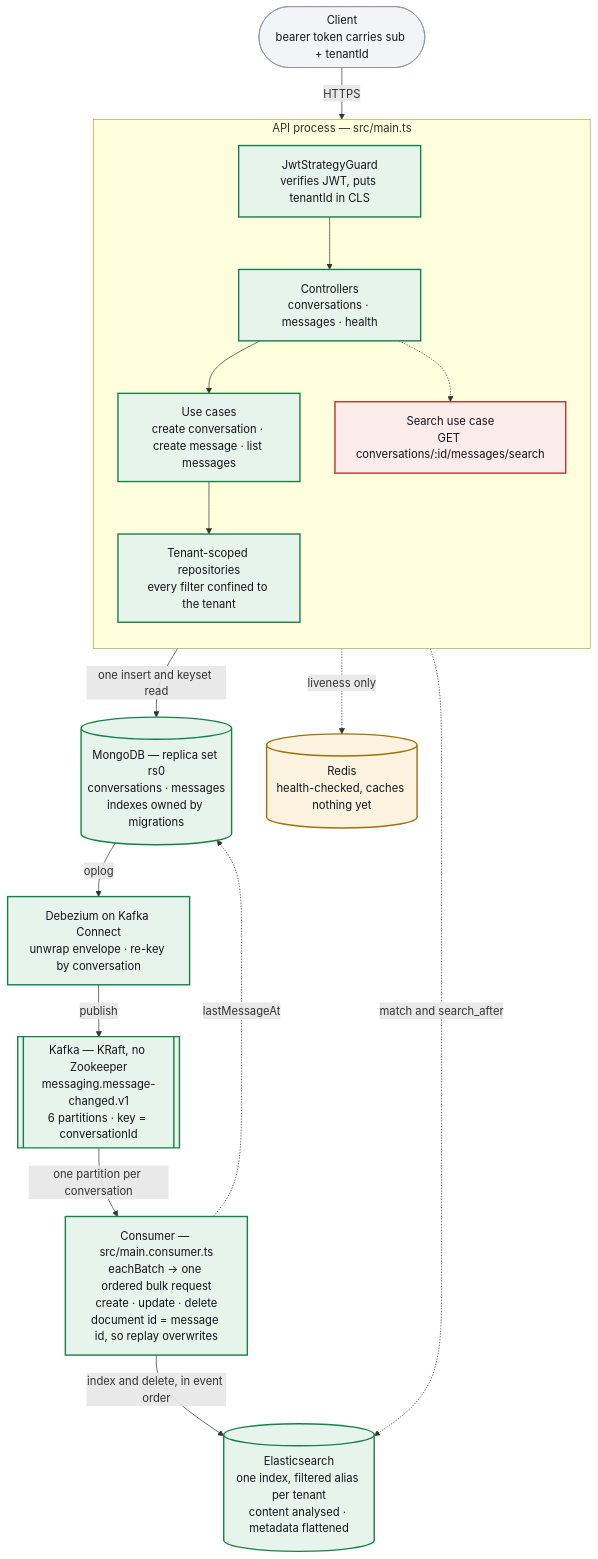
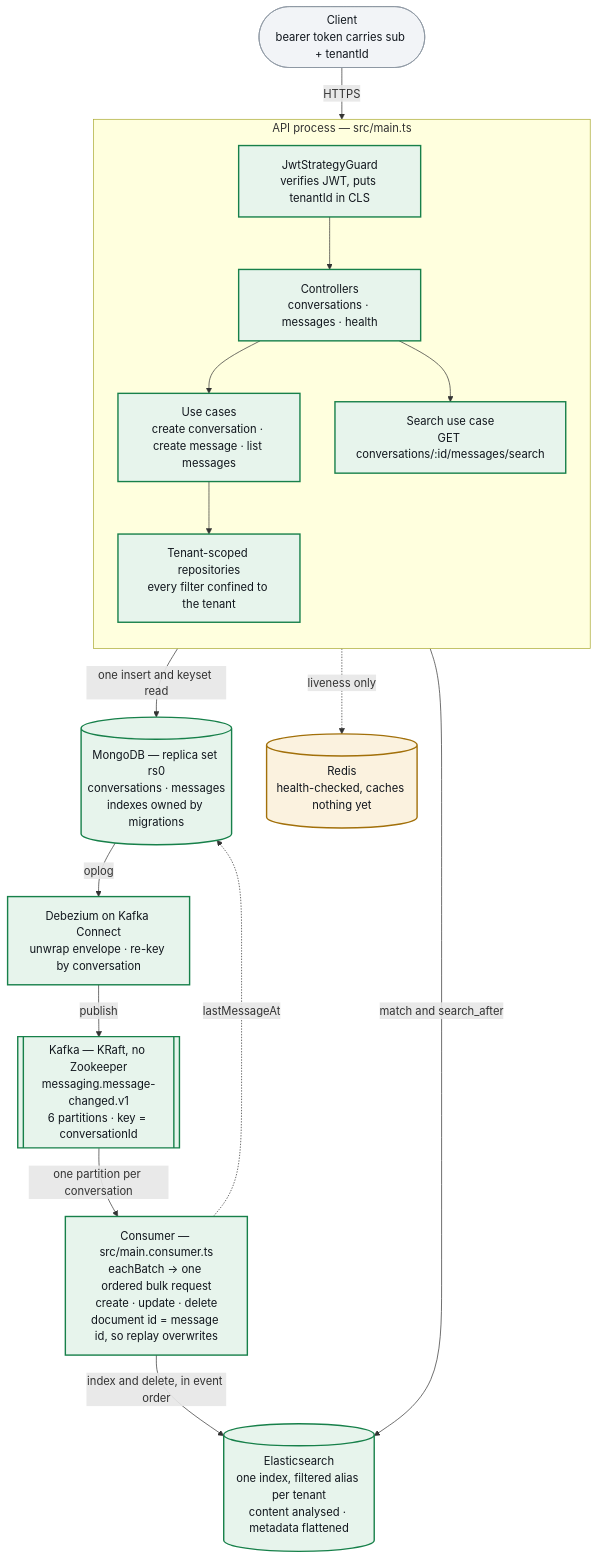
One commit to tiennguyen1203/tawkto-messaging changed the diagram in docs/architecture.md. Above: the diagram before and after it, drawn with Mermaid. The commit also changed other lines of this file and 14 other files, not shown here.

````diff
--- a/docs/architecture.md
+++ b/docs/architecture.md
@@ -12,44 +12,43 @@
 ```mermaid
 flowchart TD
     client(["Client<br/>bearer token carries sub + tenantId"])
 
     subgraph api["API process — src/main.ts"]
         direction TB
         guard["JwtStrategyGuard<br/>verifies JWT, puts tenantId in CLS"]
         ctl["Controllers<br/>conversations · messages · health"]
         uc["Use cases<br/>create conversation · create message · list messages"]
         repo["Tenant-scoped repositories<br/>every filter confined to the tenant"]
         searchuc["Search use case<br/>GET conversations/:id/messages/search"]
     end
 
     mongo[("MongoDB — replica set rs0<br/>conversations · messages<br/>indexes owned by migrations")]
     redis[("Redis<br/>health-checked, caches nothing yet")]
     dbz["Debezium on Kafka Connect<br/>unwrap envelope · re-key by conversation"]
     kafka[["Kafka — KRaft, no Zookeeper<br/>messaging.message-changed.v1<br/>6 partitions · key = conversationId"]]
     consumer["Consumer — src/main.consumer.ts<br/>eachBatch → one ordered bulk request<br/>create · update · delete<br/>document id = message id, so replay overwrites"]
     es[("Elasticsearch<br/>one index, filtered alias per tenant<br/>content analysed · metadata flattened")]
 
     client -->|HTTPS| guard
     guard --> ctl
     ctl --> uc
     uc --> repo
     repo -->|one insert and keyset read| mongo
     repo -.->|liveness only| redis
     mongo -->|oplog| dbz
     dbz -->|publish| kafka
     kafka -->|one partition per conversation| consumer
     consumer -->|index and delete, in event order| es
     consumer -.->|lastMessageAt| mongo
-    ctl -.-> searchuc
-    searchuc -.->|match and search_after| es
+    ctl --> searchuc
+    searchuc -->|match and search_after| es
 
     classDef done fill:#e7f4ec,stroke:#17804a,stroke-width:2px,color:#11161d
     classDef wip fill:#fbf2df,stroke:#a2700a,stroke-width:2px,color:#11161d
     classDef todo fill:#fbeceb,stroke:#b23a2f,stroke-width:2px,color:#11161d
     classDef plain fill:#f2f4f7,stroke:#8b95a1,stroke-width:1px,color:#11161d
 
     class client plain
-    class guard,ctl,uc,repo,mongo,dbz,kafka,consumer,es done
+    class guard,ctl,uc,repo,mongo,dbz,kafka,consumer,es,searchuc done
     class redis wip
-    class searchuc todo
 ```
````
